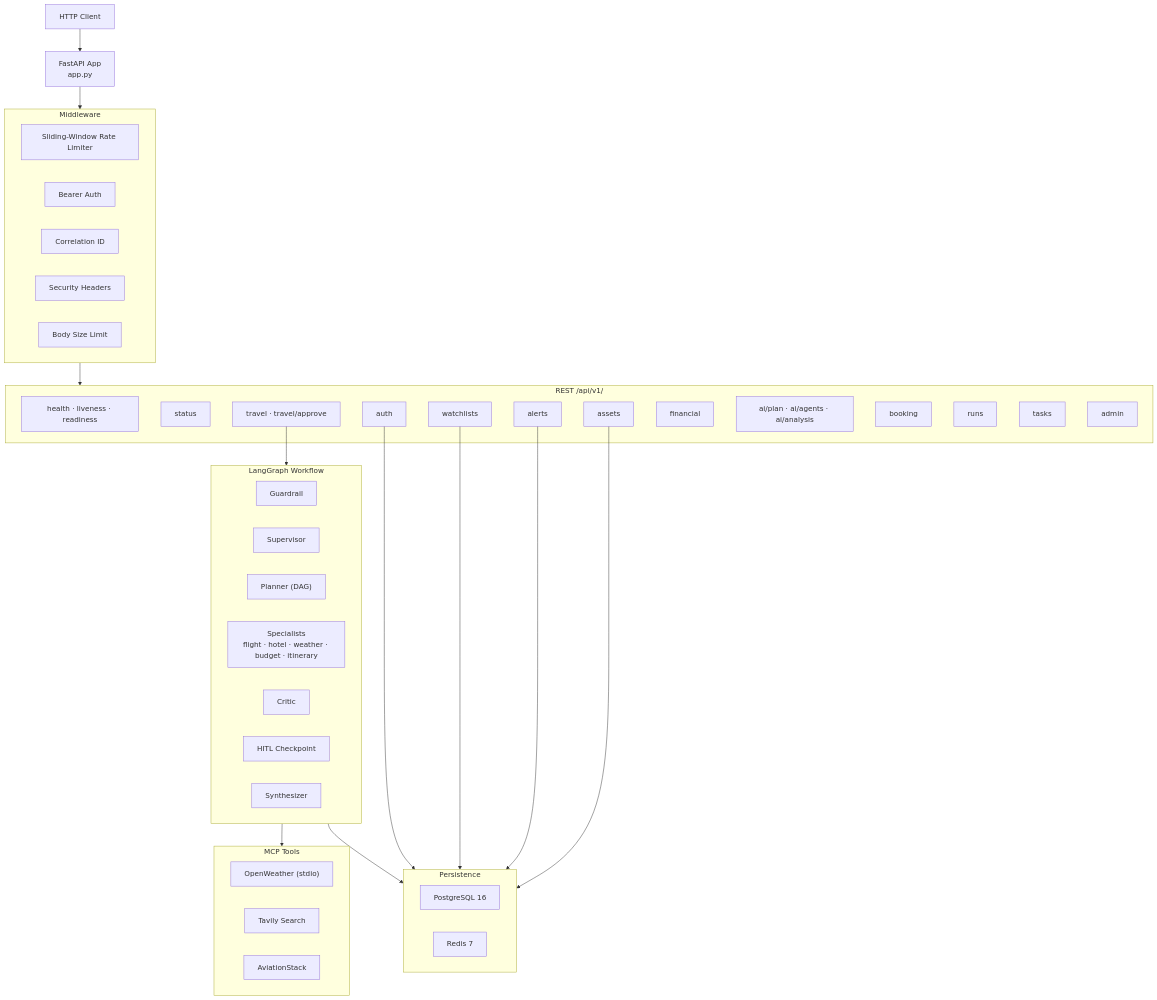
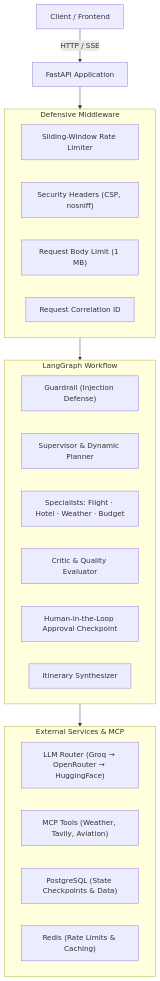
One commit to backendwithvishal/Multi_AI_Agent changed the diagram in README.md. Above: the diagram before and after it, drawn with Mermaid. The commit also changed other lines of this file and 85 other files, not shown here.

````diff
--- a/README.md
+++ b/README.md
@@ -43,58 +16,31 @@
 ```mermaid
 flowchart TD
-    Client["HTTP Client"]
-    FastAPI["FastAPI App\napp.py"]
+    Client["Client / Frontend"] -->|"HTTP / SSE"| App["FastAPI Application"]
 
-    subgraph Middleware
+    subgraph Middleware["Defensive Middleware"]
         RL["Sliding-Window Rate Limiter"]
-        Auth["Bearer Auth"]
-        CID["Correlation ID"]
-        SH["Security Headers"]
-        BL["Body Size Limit"]
+        SH["Security Headers (CSP, nosniff)"]
+        BL["Request Body Limit (1 MB)"]
+        CID["Request Correlation ID"]
     end
 
-    subgraph API["REST  /api/v1/"]
-        Health["health · liveness · readiness"]
-        Status["status"]
-        AuthR["auth"]
-        TravelR["travel · travel/approve"]
-        WL["watchlists"]
-        AL["alerts"]
-        AST["assets"]
-        FIN["financial"]
-        AIR["ai/plan · ai/agents · ai/analysis"]
-        BK["booking"]
-        RNS["runs"]
-        TSK["tasks"]
-        ADM["admin"]
+    subgraph LangGraph["LangGraph Workflow"]
+        GR["Guardrail (Injection Defense)"]
+        SUP["Supervisor & Dynamic Planner"]
+        SPEC["Specialists: Flight · Hotel · Weather · Budget"]
+        CRIT["Critic & Quality Evaluator"]
+        HITL["Human-in-the-Loop Approval Checkpoint"]
+        SYN["Itinerary Synthesizer"]
     end
 
-    subgraph Graph["LangGraph Workflow"]
-        GR["Guardrail"]
-        SUP["Supervisor"]
-        PL["Planner (DAG)"]
-        SP["Specialists\nflight · hotel · weather · budget · itinerary"]
-        CR["Critic"]
-        HI["HITL Checkpoint"]
-        SY["Synthesizer"]
+    subgraph Integrations["External Services & MCP"]
+        LLM["LLM Router (Groq → OpenRouter → HuggingFace)"]
+        MCP["MCP Tools (Weather, Tavily, Aviation)"]
+        PG["PostgreSQL (State Checkpoints & Data)"]
+        RD["Redis (Rate Limits & Caching)"]
     end
 
-    subgraph MCP["MCP Tools"]
-        WX["OpenWeather (stdio)"]
-        TV["Tavily Search"]
-        AV["AviationStack"]
-    end
-
-    subgraph Persist["Persistence"]
-        PG["PostgreSQL 16"]
-        RD["Redis 7"]
-    end
-
-    Client --> FastAPI --> Middleware --> API
-    TravelR --> Graph --> MCP
-    Graph --> Persist
-    AuthR --> Persist
-    WL --> Persist
-    AL --> Persist
-    AST --> Persist
+    App --> Middleware
+    Middleware --> LangGraph
+    LangGraph --> Integrations
 ```
````
